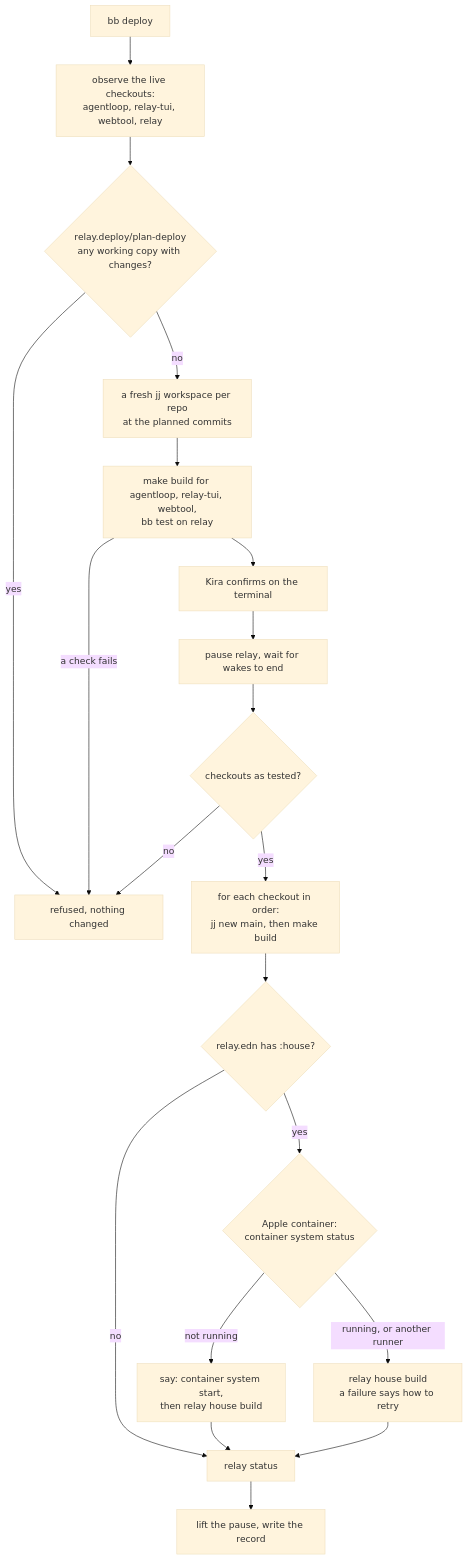
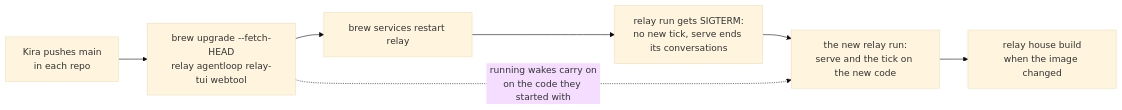
Before and after one commit to kirahowe/relay: diagram 16 of 16 in docs/architecture.md, drawn with Mermaid (base theme). The commit also changed other lines of this file and 4 other files, not shown here.

````diff
--- a/docs/architecture.md
+++ b/docs/architecture.md
@@ -676,22 +677,9 @@
 ```mermaid
-flowchart TB
-    start["bb deploy"] --> obs["observe the live checkouts:<br/>agentloop, relay-tui, webtool, relay"]
-    obs --> plan{"relay.deploy/plan-deploy<br/>any working copy with changes?"}
-    plan -->|"yes"| refused["refused, nothing changed"]
-    plan -->|"no"| ws["a fresh jj workspace per repo<br/>at the planned commits"]
-    ws --> checks["make build for agentloop, relay-tui, webtool,<br/>bb test on relay"]
-    checks -->|"a check fails"| refused
-    checks --> confirm["Kira confirms on the terminal"]
-    confirm --> pause["pause relay, wait for wakes to end"]
-    pause --> same{"checkouts as tested?"}
-    same -->|"no"| refused
-    same -->|"yes"| each["for each checkout in order:<br/>jj new main, then make build"]
-    each --> house{"relay.edn has :house?"}
-    house -->|"no"| status
-    house -->|"yes"| sys{"Apple container:<br/>container system status"}
-    sys -->|"not running"| tell["say: container system start,<br/>then relay house build"]
-    sys -->|"running, or another runner"| build["relay house build<br/>a failure says how to retry"]
-    tell --> status["relay status"]
-    build --> status
-    status --> lift["lift the pause, write the record"]
+flowchart LR
+    push["Kira pushes main<br/>in each repo"] --> upgrade["brew upgrade --fetch-HEAD<br/>relay agentloop relay-tui webtool"]
+    upgrade --> restart["brew services restart relay"]
+    restart --> term["relay run gets SIGTERM:<br/>no new tick, serve ends its conversations"]
+    term --> fresh["the new relay run:<br/>serve and the tick on the new code"]
+    upgrade -.->|"running wakes carry on<br/>on the code they started with"| fresh
+    fresh --> build["relay house build<br/>when the image changed"]
 ```
````
